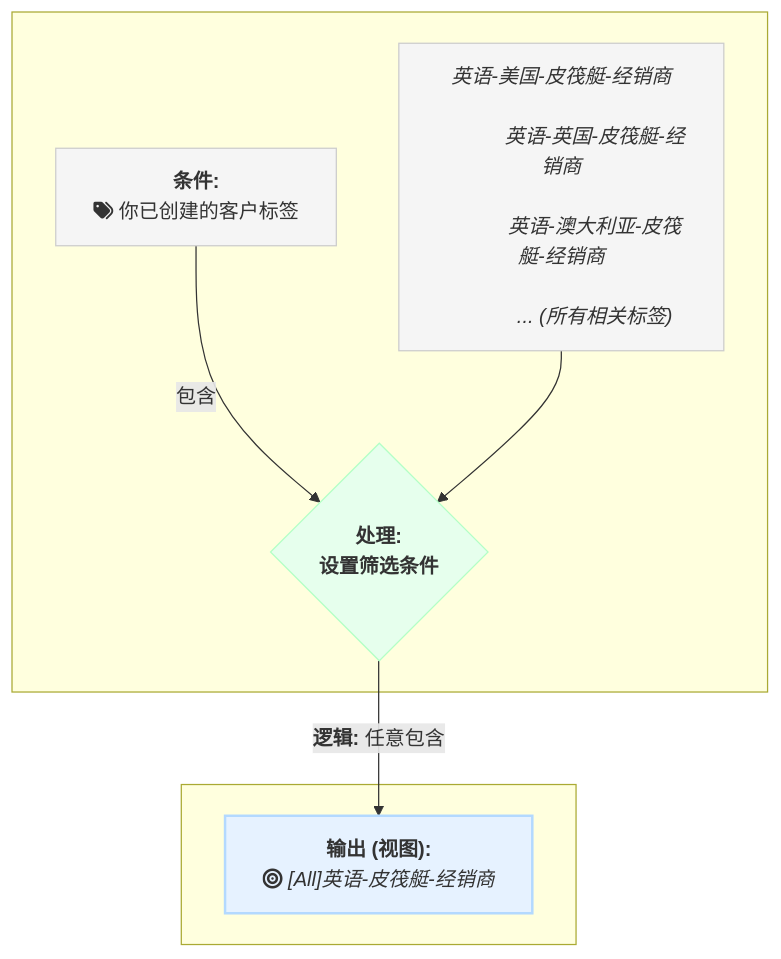
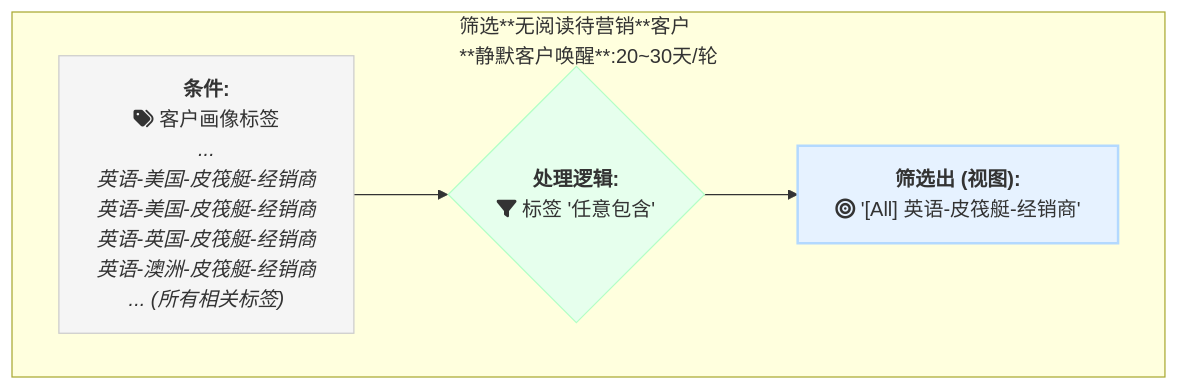
One commit to suxuemi/laifaxin changed the eighth of 13 diagrams in docs/zhinan/customer-management-section.md. Above: the diagram before and after it, drawn with Mermaid. The commit also changed other lines of this file and 2 other files, not shown here.

````diff
--- a/docs/zhinan/customer-management-section.md
+++ b/docs/zhinan/customer-management-section.md
@@ -303,21 +350,13 @@
 ```mermaid
-graph TD
-    subgraph " "
-        A["<b>条件:</b><br>fa:fa-tags 你已创建的客户标签"] -- 包含 --> B{<b>处理:<br>设置筛选条件</b>};
-        C["
-            <i>英语-美国-皮筏艇-经销商</i><br>
-            <i>英语-英国-皮筏艇-经销商</i><br>
-            <i>英语-澳大利亚-皮筏艇-经销商</i><br>
-            <i>... (所有相关标签)</i>
-        "] --> B;
-    end
+graph LR
+    subgraph "筛选**无阅读待营销**客户<br>**静默客户唤醒**:20~30天/轮"
+        direction LR  // <-- 关键在于在这里添加方向指令！
 
-    subgraph " "
-        B -- "<b>逻辑:</b> 任意包含" --> D["<b>输出 (视图):</b><br>fa:fa-bullseye <i>[All]英语-皮筏艇-经销商</i>"];
+        A["<b>条件:</b><br>fa:fa-tags 客户画像标签<br><i>... <br>英语-美国-皮筏艇-经销商</i><br><i>英语-美国-皮筏艇-经销商</i><br><i>英语-英国-皮筏艇-经销商</i><br><i>英语-澳洲-皮筏艇-经销商</i><br><i>... (所有相关标签)</i>"] --> B{"<b>处理逻辑:</b><br>fa:fa-filter 标签 '任意包含'"};
+        B --> C["<b>筛选出 (视图):</b><br>fa:fa-bullseye '[All] 英语-皮筏艇-经销商'"];
     end
 
     style A fill:#f5f5f5,stroke:#ccc
-    style C fill:#f5f5f5,stroke:#ccc
     style B fill:#e6ffed,stroke:#b3ffc6
-    style D fill:#e6f2ff,stroke:#b3d9ff,stroke-width:2px
+    style C fill:#e6f2ff,stroke:#b3d9ff,stroke-width:2px
 ```
````
